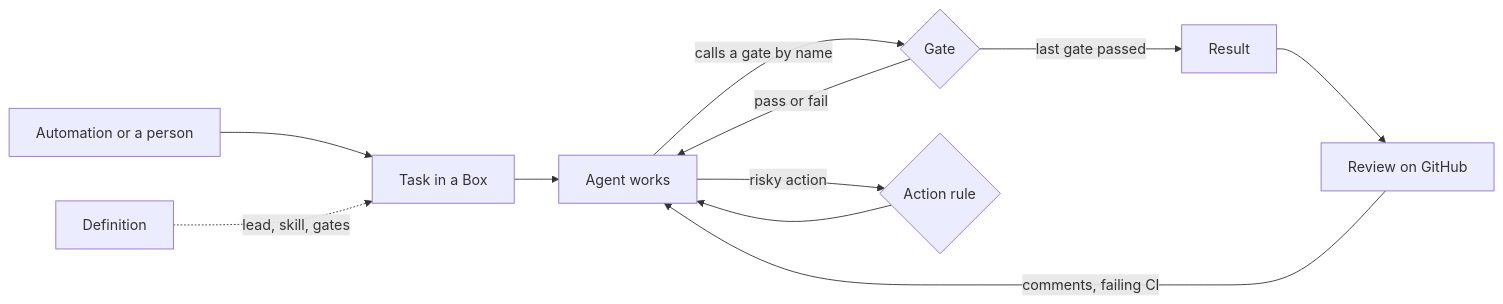
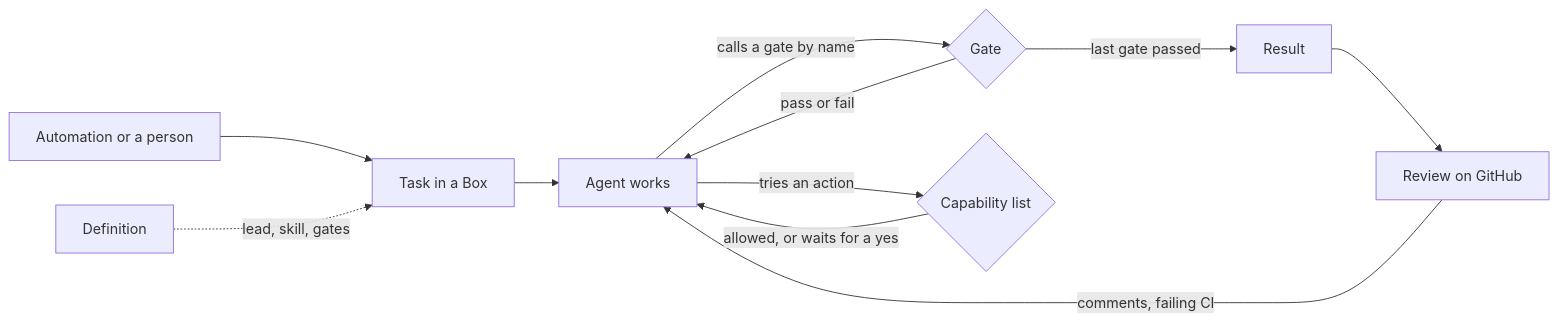
Before and after one commit to IniZio/moor: the second of 5 diagrams in docs/specs/position.md, drawn with Mermaid. The commit also changed other lines of this file, not shown here.

Commit message:
docs(specs): replace action rules and grants with capabilities

````diff
--- a/docs/specs/position.md
+++ b/docs/specs/position.md
@@ -255,13 +255,13 @@
 ```mermaid
 flowchart LR
 	AU[Automation or a person] --> T[Task in a Box]
 	D[Definition] -.->|lead, skill, gates| T
 	T --> W[Agent works]
 	W -->|calls a gate by name| G{Gate}
 	G -->|pass or fail| W
-	W -->|risky action| G3{Action rule}
-	G3 --> W
+	W -->|tries an action| G3{Capability list}
+	G3 -->|allowed, or waits for a yes| W
 	G -->|last gate passed| RS[Result]
 	RS --> RV[Review on GitHub]
 	RV -->|comments, failing CI| W
 ```
````
